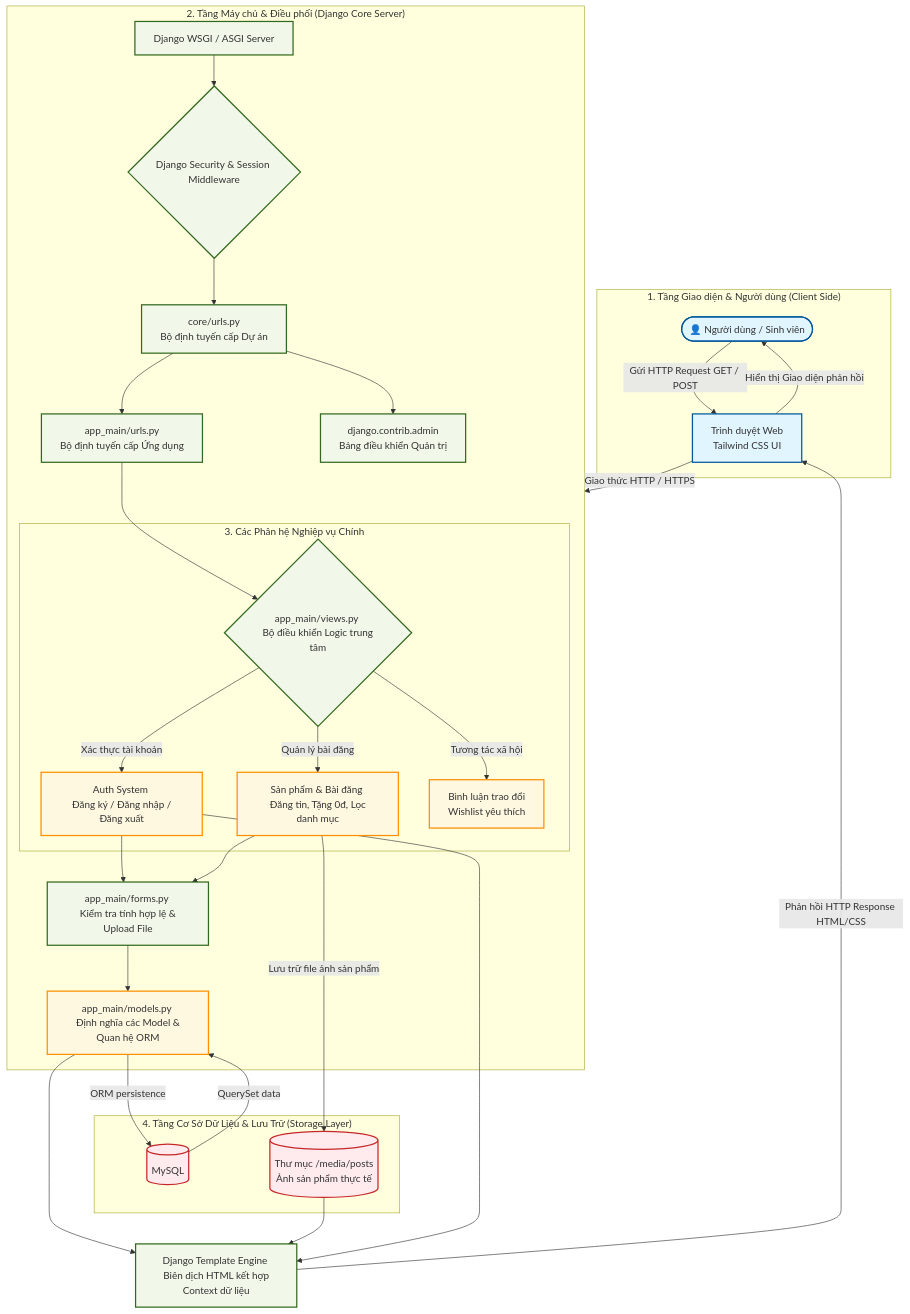
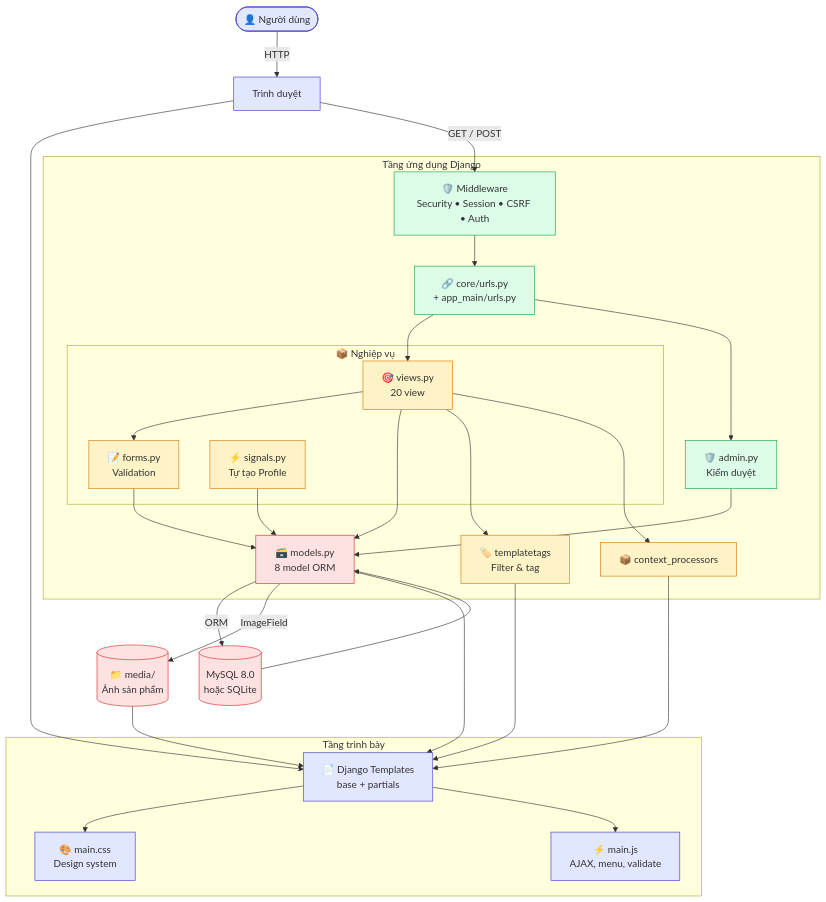
The first of 3 diagrams in README.md (24CT1-NGUYENVANHAO/congnghephanmen), drawn with Mermaid before and after one commit. The commit also changed other lines of this file and 52 other files, not shown here.

First line of the commit message:
feat: viết lại toàn bộ SáchGóc Uni - đầy đủ tính năng, giao diện mới

````diff
--- a/README.md
+++ b/README.md
@@ -19,62 +244,60 @@
 ```mermaid
 graph TD
-    %% Tầng Giao diện người dùng
-    subgraph Client_Layer ["1. Tầng Giao diện & Người dùng (Client Side)"]
-        User([👤 Người dùng / Sinh viên]) -->|Gửi HTTP Request GET / POST| Browser[Trình duyệt Web <br> Tailwind CSS UI]
-        Browser -->|Hiển thị Giao diện phản hồi| User
+    User([👤 Người dùng]) -->|HTTP| Browser[Trình duyệt]
+
+    subgraph Client ["Tầng trình bày"]
+        Templates[📄 Django Templates<br/>base + partials]
+        CSS[🎨 main.css<br/>Design system]
+        JS[⚡ main.js<br/>AJAX, menu, validate]
     end
 
-    Browser -->|Giao thức HTTP / HTTPS| ServerCore
+    Browser --> Templates
+    Templates --> CSS
+    Templates --> JS
 
-    %% Tầng Máy chủ & Điều hướng
-    subgraph ServerCore ["2. Tầng Máy chủ & Điều phối (Django Core Server)"]
-        Server[Django WSGI / ASGI Server] --> Middleware{Django Security & Session Middleware}
-        
-        Middleware --> RootURL[core/urls.py <br> Bộ định tuyến cấp Dự án]
-        RootURL --> AppURL[app_main/urls.py <br> Bộ định tuyến cấp Ứng dụng]
-        RootURL --> AdminURL[django.contrib.admin <br> Bảng điều khiển Quản trị]
-        
-        %% Tầng Điều khiển Logic (Views)
-        AppURL --> Views{app_main/views.py <br> Bộ điều khiển Logic trung tâm}
-        
-        %% Phân nhánh các luồng nghiệp vụ thực tế
-        subgraph Business_Modules ["3. Các Phân hệ Nghiệp vụ Chính"]
-            Views -->|Xác thực tài khoản| AuthModule[Auth System <br> Đăng ký / Đăng nhập / Đăng xuất]
-            Views -->|Quản lý bài đăng| PostModule[Sản phẩm & Bài đăng <br> Đăng tin, Tặng 0đ, Lọc danh mục]
-            Views -->|Tương tác xã hội| SocialModule[Bình luận trao đổi <br> Wishlist yêu thích]
+    subgraph Server ["Tầng ứng dụng Django"]
+        Middleware[🛡️ Middleware<br/>Security • Session • CSRF • Auth]
+        URLs[🔗 core/urls.py<br/>+ app_main/urls.py]
+
+        subgraph Business ["📦 Nghiệp vụ"]
+            Views[🎯 views.py<br/>20 view]
+            Forms[📝 forms.py<br/>Validation]
+            Signals[⚡ signals.py<br/>Tự tạo Profile]
         end
-        
-        %% Tầng xử lý Form và Bảo mật dữ liệu
-        AuthModule --> FormsCheck[app_main/forms.py <br> Kiểm tra tính hợp lệ & Upload File]
-        PostModule --> FormsCheck
-        
-        %% Tầng Mô hình dữ liệu ORM
-        FormsCheck --> ModelsMap[app_main/models.py <br> Định nghĩa các Model & Quan hệ ORM]
+
+        Admin[🛡️ admin.py<br/>Kiểm duyệt]
+        Models[🗃️ models.py<br/>8 model ORM]
+        Tags[🏷️ templatetags<br/>Filter & tag]
+        CtxProc[📦 context_processors]
     end
 
-    %% Tầng Lưu trữ Cơ sở dữ liệu vật lý
-    subgraph Storage_Layer ["4. Tầng Cơ Sở Dữ Liệu & Lưu Trữ (Storage Layer)"]
-        ModelsMap -->|ORM persistence| MySQL[(MySQL)]
-        MySQL -->|QuerySet data| ModelsMap
-        
-        PostModule -->|Lưu trữ file ảnh sản phẩm| MediaFolder[(Thư mục /media/posts <br> Ảnh sản phẩm thực tế)]
-    end
+    Browser -->|GET / POST| Middleware
+    Middleware --> URLs
+    URLs --> Views
+    URLs --> Admin
+    Views --> Forms
+    Views --> Models
+    Views --> Tags
+    Views --> CtxProc
+    Admin --> Models
+    Forms --> Models
+    Signals --> Models
 
-    %% Tầng tổng hợp dữ liệu trả về giao diện
-    ModelsMap --> TemplateEngine[Django Template Engine <br> Biên dịch HTML kết hợp Context dữ liệu]
-    MediaFolder --> TemplateEngine
-    AuthModule --> TemplateEngine
+    Models -->|ORM| DB[(MySQL 8.0<br/>hoặc SQLite)]
+    Models -->|ImageField| Media[(📁 media/<br/>Ảnh sản phẩm)]
 
-    TemplateEngine -->|Phản hồi HTTP Response HTML/CSS| Browser
+    DB --> Models
+    Models --> Templates
+    Tags --> Templates
+    CtxProc --> Templates
+    Media --> Templates
 
-    %% Định nghĩa màu sắc sinh động
-    classDef client fill:#e1f5fe,stroke:#01579b,stroke-width:2px;
-    classDef server fill:#f1f8e9,stroke:#33691e,stroke-width:2px;
-    classDef logic fill:#fff8e1,stroke:#ff8f00,stroke-width:2px;
-    classDef db fill:#ffebee,stroke:#c62828,stroke-width:2px;
-
-    class User,Browser client;
-    class Server,Middleware,RootURL,AppURL,AdminURL,Views,FormsCheck,TemplateEngine server;
-    class AuthModule,PostModule,SocialModule,ModelsMap logic;
-    class MySQL,MediaFolder db;
+    classDef client fill:#e0e7ff,stroke:#4338ca
+    classDef server fill:#dcfce7,stroke:#16a34a
+    classDef logic fill:#fef3c7,stroke:#d97706
+    classDef data fill:#fee2e2,stroke:#dc2626
+    class User,Browser,Templates,CSS,JS client
+    class Middleware,URLs,Admin server
+    class Views,Forms,Signals,Tags,CtxProc logic
+    class Models,DB,Media data
 ```
````
